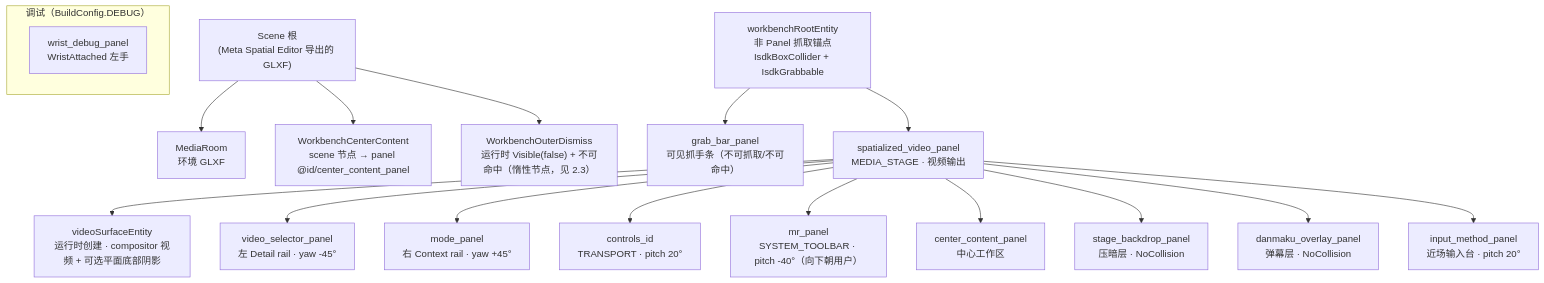
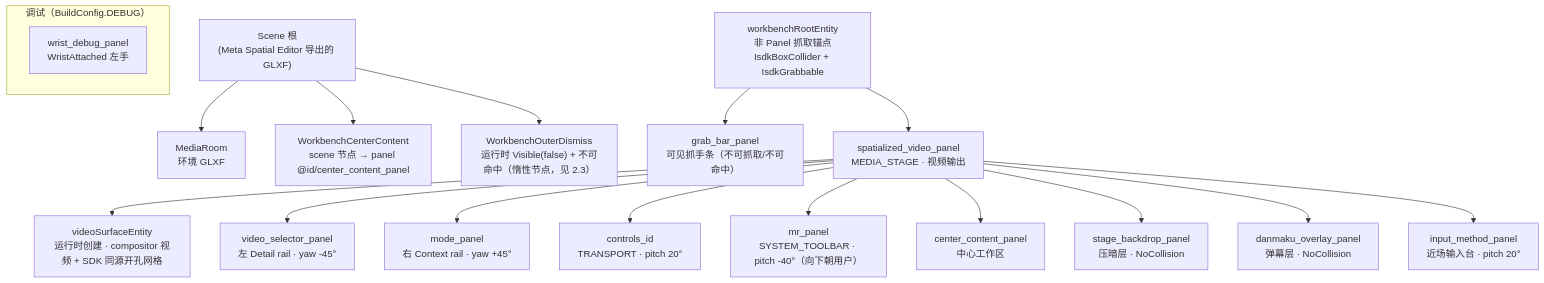
Before and after one commit to Powdered-Delta/viriviri: the first of 5 diagrams in docs/ui-structure-and-terminology.md, drawn with Mermaid. The commit also changed other lines of this file and 5 other files, not shown here.

Commit message:
fix: restore SDK video aperture and alpha-blended UI layers

````diff
--- a/docs/ui-structure-and-terminology.md
+++ b/docs/ui-structure-and-terminology.md
@@ -77,25 +77,25 @@
 ```mermaid
 graph TD
     Scene["Scene 根<br/>(Meta Spatial Editor 导出的 GLXF)"]
     Scene --> MediaRoom["MediaRoom<br/>环境 GLXF"]
     Scene --> CenterAuthored["WorkbenchCenterContent<br/>scene 节点 → panel @id/center_content_panel"]
     Scene --> OuterDismiss["WorkbenchOuterDismiss<br/>运行时 Visible(false) + 不可命中（惰性节点，见 2.3）"]
 
     Root["workbenchRootEntity<br/>非 Panel 抓取锚点<br/>IsdkBoxCollider + IsdkGrabbable"]
     Root --> GrabBar["grab_bar_panel<br/>可见抓手条（不可抓取/不可命中）"]
     Root --> Stage["spatialized_video_panel<br/>MEDIA_STAGE · 视频输出"]
 
-    Stage --> Surface["videoSurfaceEntity<br/>运行时创建 · compositor 视频 + 可选平面底部阴影"]
+    Stage --> Surface["videoSurfaceEntity<br/>运行时创建 · compositor 视频 + SDK 同源开孔网格"]
     Stage --> LeftRail["video_selector_panel<br/>左 Detail rail · yaw -45°"]
     Stage --> RightRail["mode_panel<br/>右 Context rail · yaw +45°"]
     Stage --> Transport["controls_id<br/>TRANSPORT · pitch 20°"]
     Stage --> Nav["mr_panel<br/>SYSTEM_TOOLBAR · pitch -40°（向下朝用户）"]
     Stage --> Center["center_content_panel<br/>中心工作区"]
     Stage --> Backdrop["stage_backdrop_panel<br/>压暗层 · NoCollision"]
     Stage --> Danmaku["danmaku_overlay_panel<br/>弹幕层 · NoCollision"]
     Stage --> Ime["input_method_panel<br/>近场输入台 · pitch 20°"]
 
     subgraph Wrist["调试（BuildConfig.DEBUG）"]
         WristPanel["wrist_debug_panel<br/>WristAttached 左手"]
     end
 ```
````
